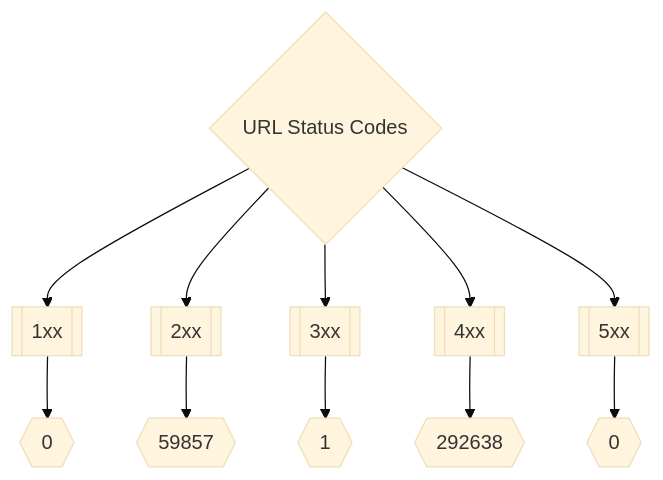
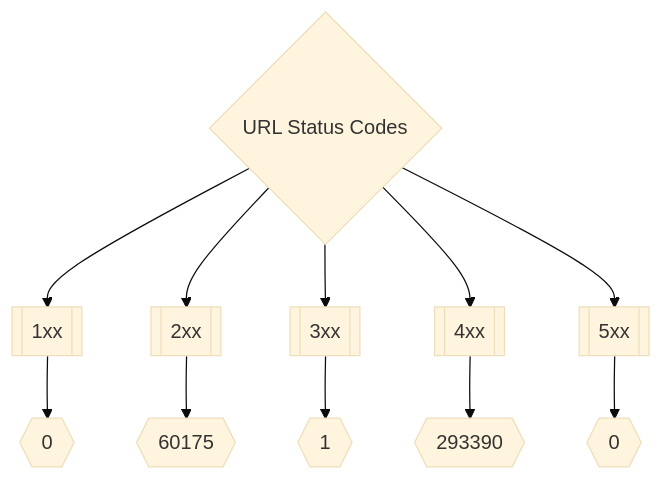
One commit to trickest/inventory changed the second of 3 diagrams in README.md. Above: the diagram before and after it, drawn with Mermaid (base theme). The commit also changed other lines of this file and 235 other files, not shown here.

````diff
--- a/README.md
+++ b/README.md
@@ -173,8 +173,8 @@
 ```mermaid
 graph TD
 title{URL Status Codes} --> 1xx[[1xx]] --> status1xxNum{{0}}
-title --> 2xx[[2xx]] --> status2xxNum{{59857}}
+title --> 2xx[[2xx]] --> status2xxNum{{60175}}
 title --> 3xx[[3xx]] --> status3xxNum{{1}}
-title --> 4xx[[4xx]] --> status4xxNum{{292638}}
+title --> 4xx[[4xx]] --> status4xxNum{{293390}}
 title --> 5xx[[5xx]] --> status5xxNum{{0}}
 ```
````
